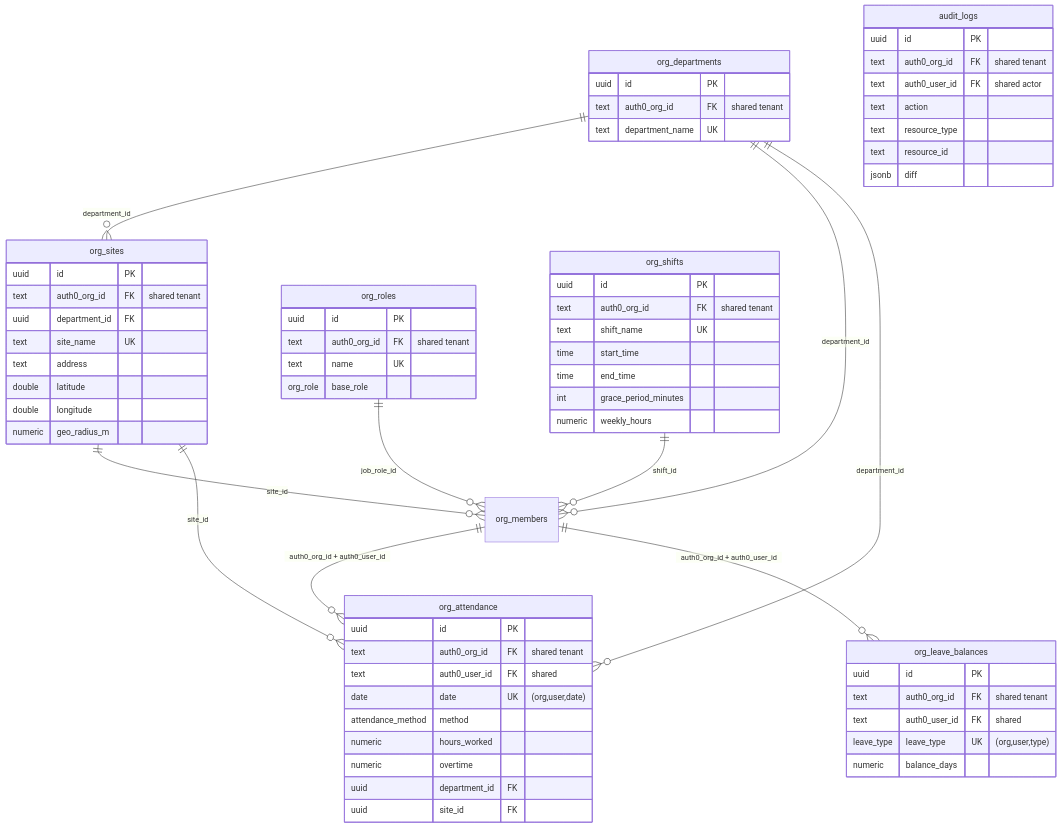
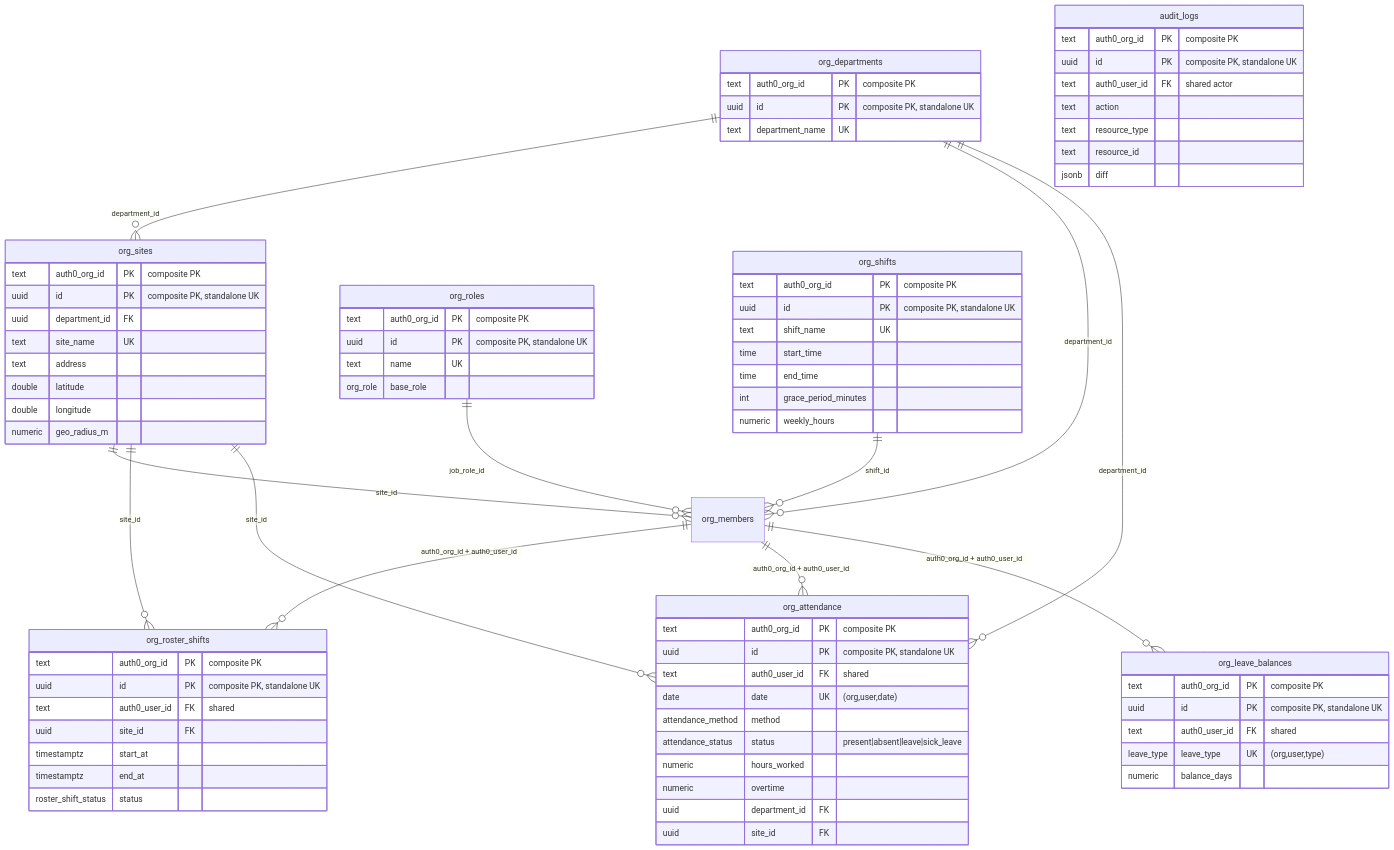
One commit to SBMConcepts/easy-ops changed the fourth of 8 diagrams in docs/data-flow-diagram.md. Above: the diagram before and after it, drawn with Mermaid. The commit also changed other lines of this file and 4 other files, not shown here.

Commit message:
Implement billing model updates and database schema changes; normalize plan tiers; enhance data flow diagrams; update compliance suite contact details; refine SNS phone integration documentation.

````diff
--- a/docs/data-flow-diagram.md
+++ b/docs/data-flow-diagram.md
@@ -270,70 +324,82 @@
 ```mermaid
 erDiagram
     org_departments {
-        uuid id PK
-        text auth0_org_id FK "shared tenant"
+        text auth0_org_id PK "composite PK"
+        uuid id PK "composite PK, standalone UK"
         text department_name UK
     }
     org_sites {
-        uuid id PK
-        text auth0_org_id FK "shared tenant"
+        text auth0_org_id PK "composite PK"
+        uuid id PK "composite PK, standalone UK"
         uuid department_id FK
         text site_name UK
         text address
         double latitude
         double longitude
         numeric geo_radius_m
     }
     org_roles {
-        uuid id PK
-        text auth0_org_id FK "shared tenant"
+        text auth0_org_id PK "composite PK"
+        uuid id PK "composite PK, standalone UK"
         text name UK
         org_role base_role
     }
     org_shifts {
-        uuid id PK
-        text auth0_org_id FK "shared tenant"
+        text auth0_org_id PK "composite PK"
+        uuid id PK "composite PK, standalone UK"
         text shift_name UK
         time start_time
         time end_time
         int grace_period_minutes
         numeric weekly_hours
     }
+    org_roster_shifts {
+        text auth0_org_id PK "composite PK"
+        uuid id PK "composite PK, standalone UK"
+        text auth0_user_id FK "shared"
+        uuid site_id FK
+        timestamptz start_at
+        timestamptz end_at
+        roster_shift_status status
+    }
     org_attendance {
-        uuid id PK
-        text auth0_org_id FK "shared tenant"
+        text auth0_org_id PK "composite PK"
+        uuid id PK "composite PK, standalone UK"
         text auth0_user_id FK "shared"
         date date UK "(org,user,date)"
         attendance_method method
+        attendance_status status "present|absent|leave|sick_leave"
         numeric hours_worked
         numeric overtime
         uuid department_id FK
         uuid site_id FK
     }
     org_leave_balances {
-        uuid id PK
-        text auth0_org_id FK "shared tenant"
+        text auth0_org_id PK "composite PK"
+        uuid id PK "composite PK, standalone UK"
         text auth0_user_id FK "shared"
         leave_type leave_type UK "(org,user,type)"
         numeric balance_days
     }
     audit_logs {
-        uuid id PK
-        text auth0_org_id FK "shared tenant"
+        text auth0_org_id PK "composite PK"
+        uuid id PK "composite PK, standalone UK"
         text auth0_user_id FK "shared actor"
         text action
         text resource_type
         text resource_id
         jsonb diff
     }
 
     org_departments ||--o{ org_sites : department_id
     org_departments ||--o{ org_members : department_id
     org_sites ||--o{ org_members : site_id
     org_roles ||--o{ org_members : job_role_id
     org_shifts ||--o{ org_members : shift_id
+    org_members ||--o{ org_roster_shifts : "auth0_org_id + auth0_user_id"
+    org_sites ||--o{ org_roster_shifts : site_id
     org_members ||--o{ org_attendance : "auth0_org_id + auth0_user_id"
     org_members ||--o{ org_leave_balances : "auth0_org_id + auth0_user_id"
     org_departments ||--o{ org_attendance : department_id
     org_sites ||--o{ org_attendance : site_id
 ```
````
